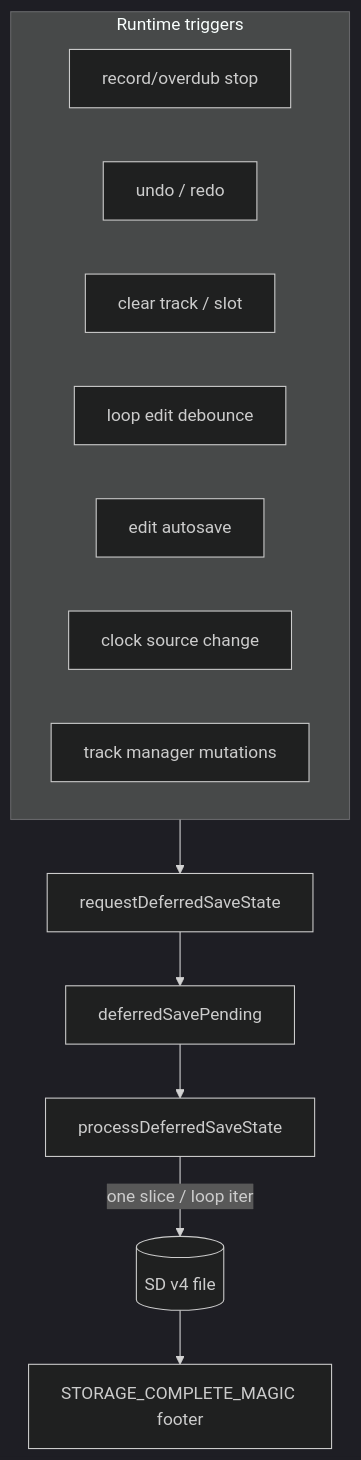
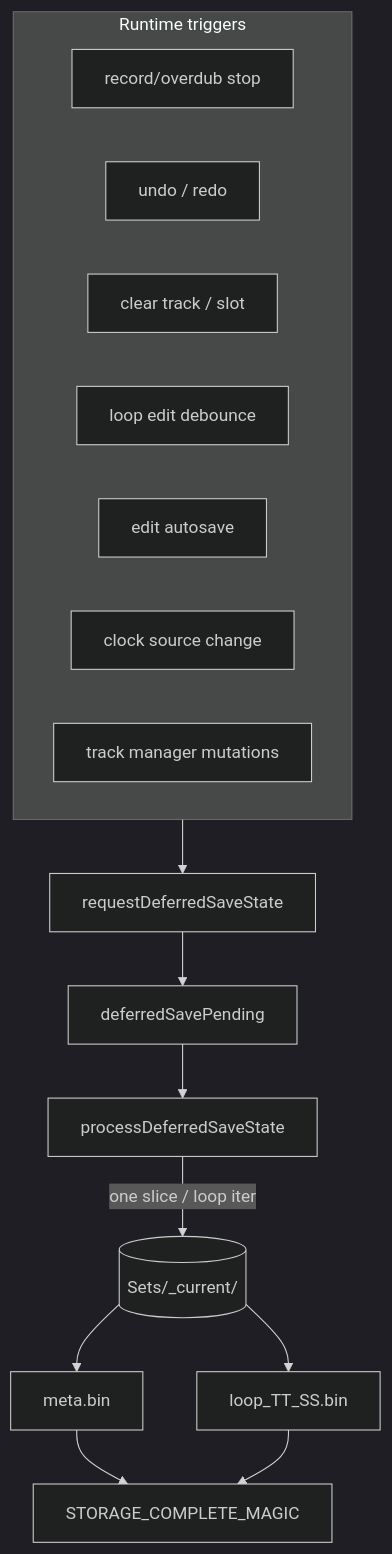
One commit to Lytrix/MidiLooper changed the diagram in docs/Guides/DEFERRED_RUNTIME_PERSISTENCE.md. Above: the diagram before and after it, drawn with Mermaid (dark theme). The commit also changed other lines of this file and 49 other files, not shown here.

````diff
--- a/docs/Guides/DEFERRED_RUNTIME_PERSISTENCE.md
+++ b/docs/Guides/DEFERRED_RUNTIME_PERSISTENCE.md
@@ -34,17 +50,20 @@
 ```mermaid
 flowchart TB
   subgraph triggers [Runtime triggers]
     RS[record/overdub stop]
     UR[undo / redo]
     CL[clear track / slot]
     LE[loop edit debounce]
     EA[edit autosave]
     CS[clock source change]
     TM[track manager mutations]
   end
   triggers --> REQ[requestDeferredSaveState]
   REQ --> Q[deferredSavePending]
   Q --> PROC[processDeferredSaveState]
-  PROC -->|one slice / loop iter| SD[(SD v4 file)]
-  SD --> CM[STORAGE_COMPLETE_MAGIC footer]
+  PROC -->|one slice / loop iter| SD[(Sets/_current/)]
+  SD --> META[meta.bin]
+  SD --> LOOP[loop_TT_SS.bin]
+  META --> CM[STORAGE_COMPLETE_MAGIC]
+  LOOP --> CM
 ```
````
